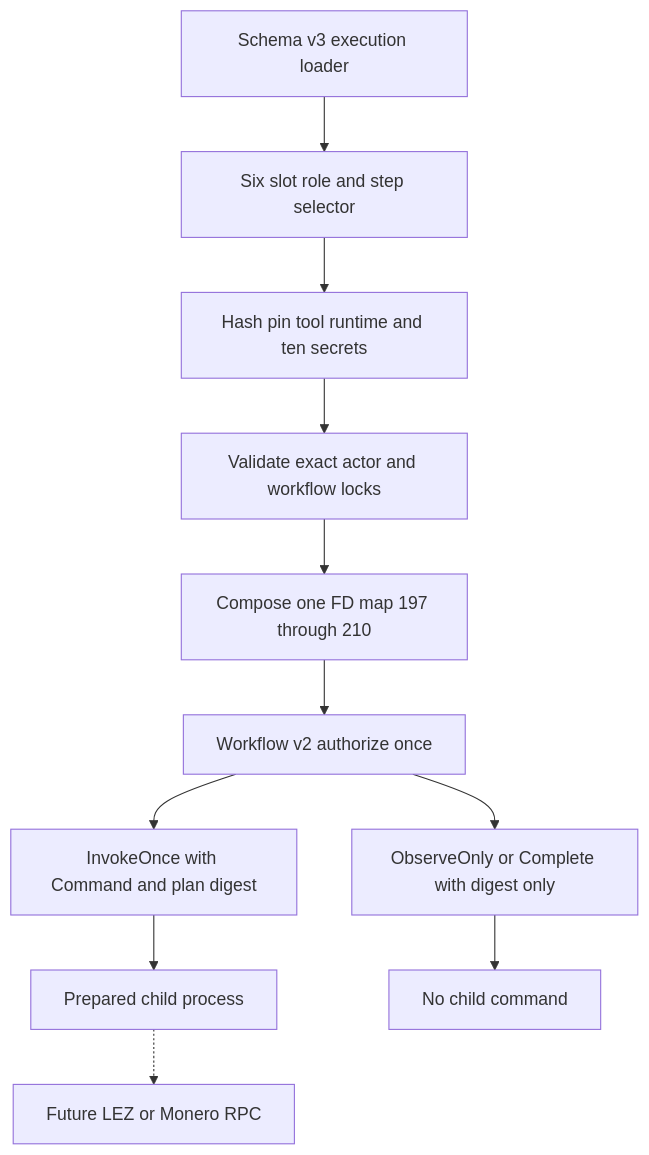
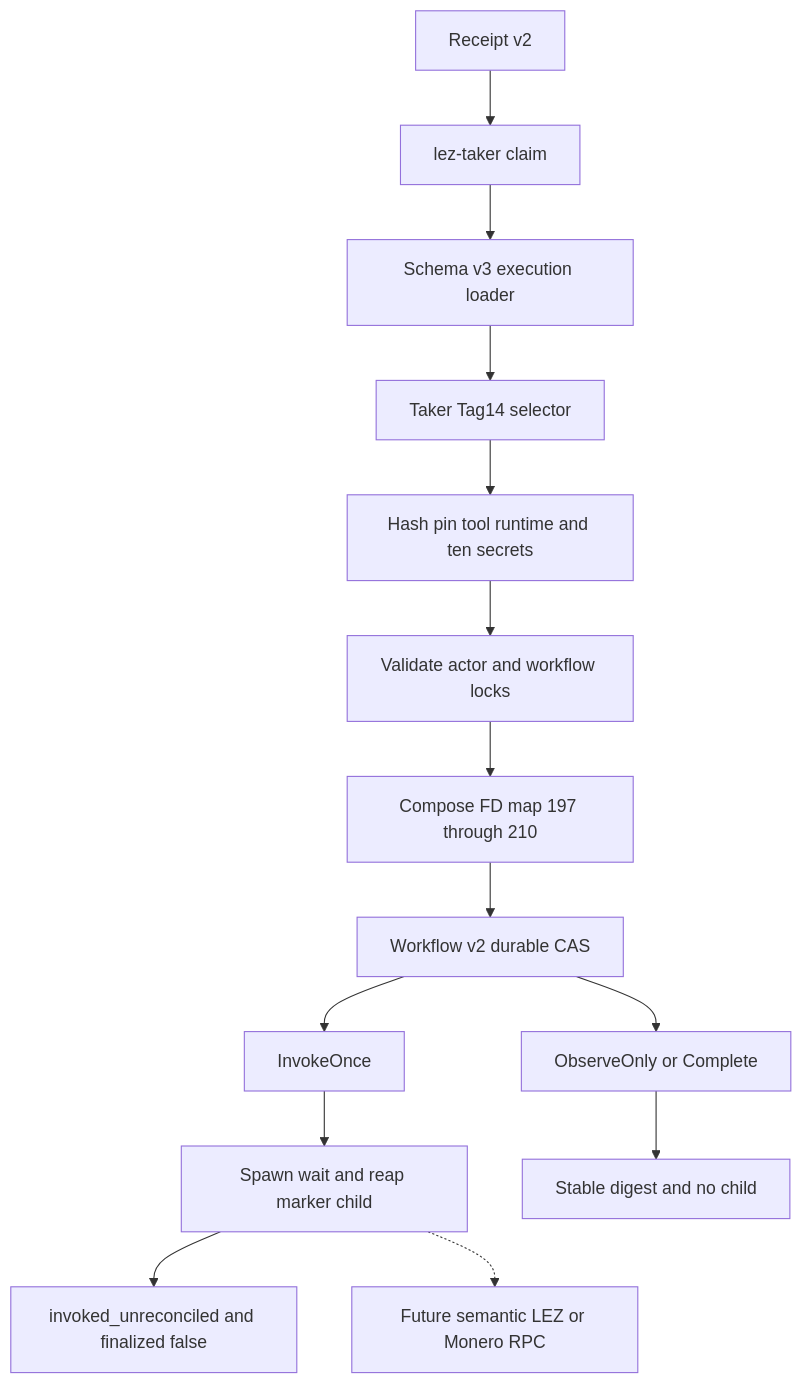
Diagram 23 of 31 in docs/architecture/system-architecture.md (gateway-fm/lez-atomic-swaps), drawn with Mermaid before and after one commit. The commit also changed other lines of this file and 10 other files, not shown here.

Commit message:
feat(m5): invoke XMR taker effects once

````diff
--- a/docs/architecture/system-architecture.md
+++ b/docs/architecture/system-architecture.md
@@ -2316,13 +2316,16 @@
 ```mermaid
 flowchart TB
-    Loader["Schema v3 execution loader"] --> Selector["Six slot role and step selector"]
+    Receipt["Receipt v2"] --> Claim["lez-taker claim"]
+    Claim --> Loader["Schema v3 execution loader"]
+    Loader --> Selector["Taker Tag14 selector"]
     Selector --> Pin["Hash pin tool runtime and ten secrets"]
-    Pin --> Locks["Validate exact actor and workflow locks"]
-    Locks --> Map["Compose one FD map 197 through 210"]
-    Map --> Authorize["Workflow v2 authorize once"]
-    Authorize --> Invoke["InvokeOnce with Command and plan digest"]
-    Authorize --> Observe["ObserveOnly or Complete with digest only"]
-    Invoke --> Child["Prepared child process"]
-    Observe --> NoChild["No child command"]
-    Child -.-> Rpc["Future LEZ or Monero RPC"]
+    Pin --> Locks["Validate actor and workflow locks"]
+    Locks --> Map["Compose FD map 197 through 210"]
+    Map --> Authorize["Workflow v2 durable CAS"]
+    Authorize --> Invoke["InvokeOnce"]
+    Authorize --> Observe["ObserveOnly or Complete"]
+    Invoke --> Child["Spawn wait and reap marker child"]
+    Child --> Unreconciled["invoked_unreconciled and finalized false"]
+    Observe --> NoChild["Stable digest and no child"]
+    Child -.-> Rpc["Future semantic LEZ or Monero RPC"]
 ```
````
